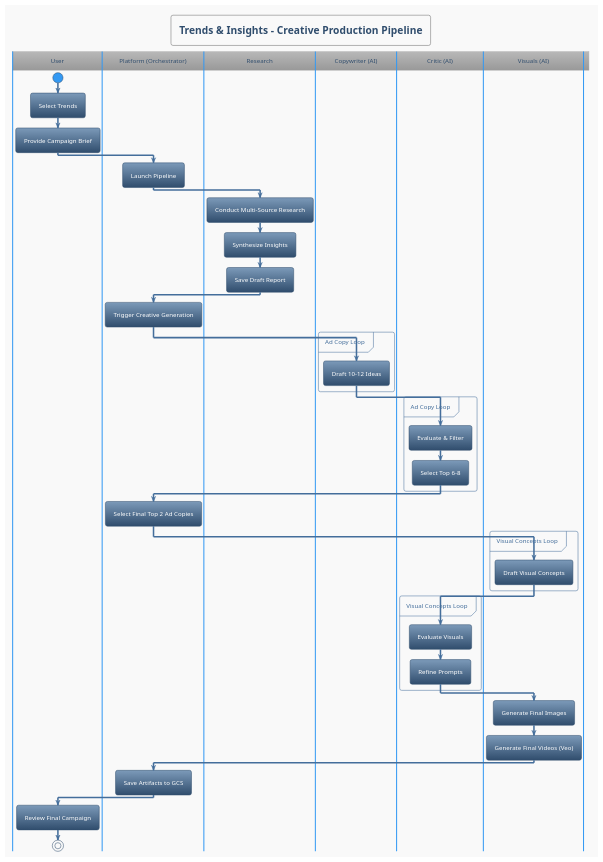
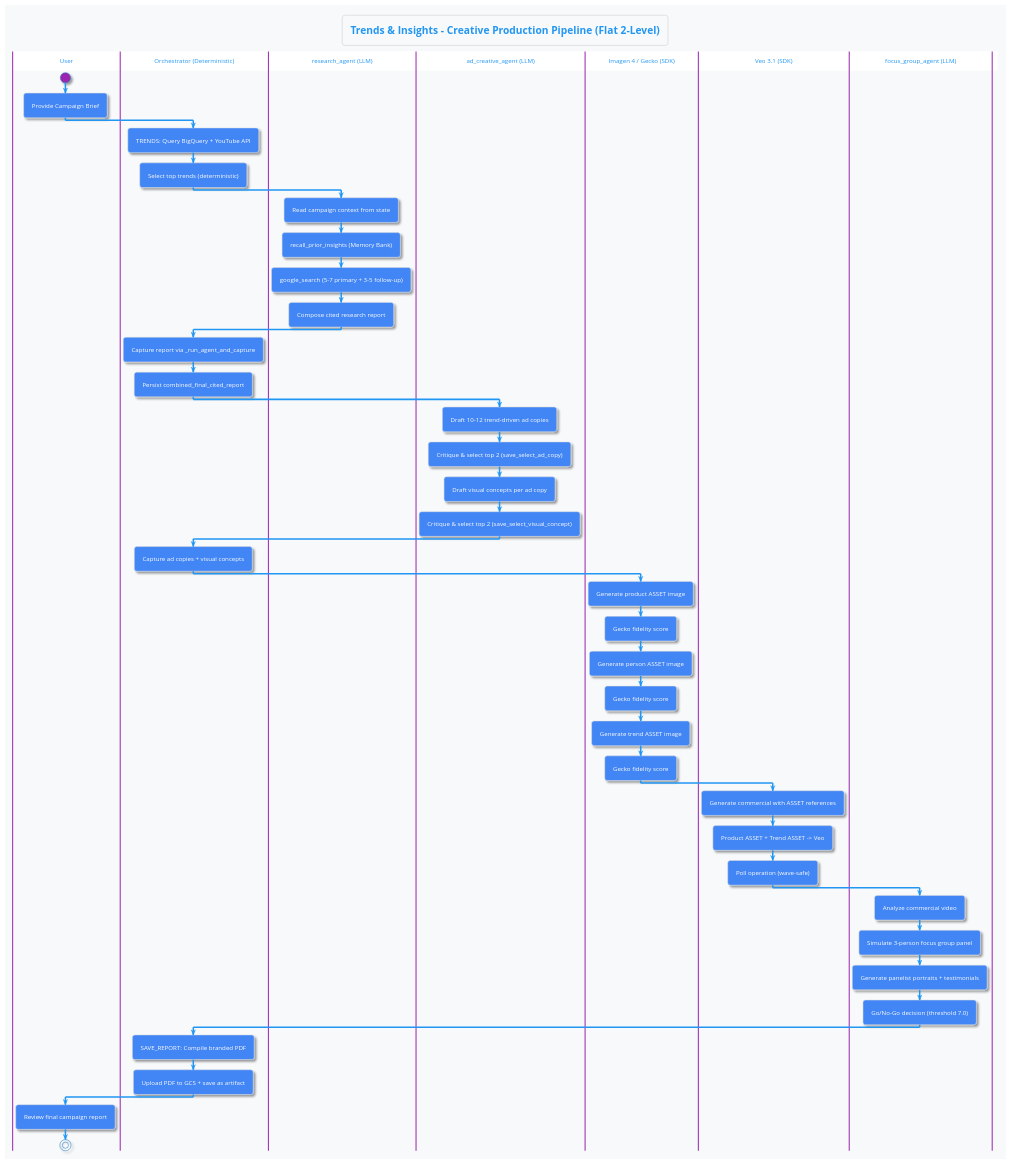
The diagram in docs/creative_production_pipeline.puml (tottenjordan/zghost), drawn with PlantUML before and after one commit. The commit also changed 7 other files, not shown here.

First line of the commit message:
fix: remove dead multi-clip code + ASSET-only Veo refs + stronger trend creative

```diff
--- a/docs/creative_production_pipeline.puml
+++ b/docs/creative_production_pipeline.puml
@@ -1,68 +1,164 @@
 @startuml
-!theme spacelab
-skinparam Handwritten false
-skinparam Monochrome false
-skinparam BackgroundColor #f9f9f9
+
+' GCP_BRANDING_APPLIED
+!theme materia
+skinparam backgroundColor #F8F9FA
+skinparam roundCorner 10
+skinparam defaultFontName "Open Sans"
+skinparam DefaultFontSize 12
 skinparam Padding 10
 
-title Trends & Insights - Creative Production Pipeline
+skinparam database {
+    BackgroundColor #FBBC05
+    BorderColor #E0E0E0
+    FontColor #000
+    Shadowing false
+}
+skinparam component {
+    BackgroundColor #4285F4
+    BorderColor #E0E0E0
+    FontColor #FFF
+    Shadowing false
+}
+skinparam rectangle {
+    BackgroundColor #EA4335
+    BorderColor #E0E0E0
+    FontColor #FFF
+    Shadowing false
+}
+skinparam note {
+    BackgroundColor #FFFFFF
+    BorderColor #E0E0E0
+    FontColor #000000
+    Shadowing false
+    BorderThickness 1
+}
+skinparam collections {
+    BackgroundColor #34A853
+    BorderColor #E0E0E0
+    FontColor #FFF
+    Shadowing false
+}
+skinparam state {
+    BackgroundColor #4285F4
+    BorderColor #E0E0E0
+    FontColor #FFF
+    Shadowing false
+}
+skinparam activity {
+    BackgroundColor #4285F4
+    BorderColor #E0E0E0
+    FontColor #FFF
+    Shadowing false
+}
+skinparam actor {
+    BackgroundColor #FFFFFF
+    BorderColor #4285F4
+    FontColor #000
+    Shadowing false
+    BorderThickness 2
+}
+skinparam usecase {
+    BackgroundColor #FBBC05
+    BorderColor #E0E0E0
+    FontColor #000
+    Shadowing false
+}
+skinparam cloud {
+    BackgroundColor #FFFFFF
+    BorderColor #E0E0E0
+    FontColor #000
+    Shadowing false
+}
+skinparam frame {
+    BackgroundColor #FFFFFF
+    BorderColor #E0E0E0
+    FontColor #000
+    Shadowing false
+}
+skinparam package {
+    BackgroundColor #F8F9FA
+    BorderColor #CCCCCC
+    FontColor #000
+    Shadowing false
+    BorderThickness 1
+}
+skinparam node {
+    BackgroundColor #EA4335
+    BorderColor #E0E0E0
+    FontColor #FFF
+    Shadowing false
+}
+skinparam queue {
+    BackgroundColor #34A853
+    BorderColor #E0E0E0
+    FontColor #FFF
+    Shadowing false
+}
+
+
+
+title Trends & Insights - Creative Production Pipeline (Flat 2-Level)
 
 | User |
-| Platform (Orchestrator) |
-| Research |
-| Copywriter (AI) |
-| Critic (AI) |
-| Visuals (AI) |
+| Orchestrator (Deterministic) |
+| research_agent (LLM) |
+| ad_creative_agent (LLM) |
+| Imagen 4 / Gecko (SDK) |
+| Veo 3.1 (SDK) |
+| focus_group_agent (LLM) |
 
 | User |
 start
-:Select Trends;
 :Provide Campaign Brief;
 
-| Platform (Orchestrator) |
-:Launch Pipeline;
+| Orchestrator (Deterministic) |
+:TRENDS: Query BigQuery + YouTube API;
+:Select top trends (deterministic);
 
-| Research |
-:Conduct Multi-Source Research;
-:Synthesize Insights;
-:Save Draft Report;
+| research_agent (LLM) |
+:Read campaign context from state;
+:recall_prior_insights (Memory Bank);
+:google_search (5-7 primary + 3-5 follow-up);
+:Compose cited research report;
 
-| Platform (Orchestrator) |
-:Trigger Creative Generation;
+| Orchestrator (Deterministic) |
+:Capture report via _run_agent_and_capture;
+:Persist combined_final_cited_report;
 
-| Copywriter (AI) |
-Partition "Ad Copy Loop" {
-  :Draft 10-12 Ideas;
-}
+| ad_creative_agent (LLM) |
+:Draft 10-12 trend-driven ad copies;
+:Critique & select top 2 (save_select_ad_copy);
+:Draft visual concepts per ad copy;
+:Critique & select top 2 (save_select_visual_concept);
 
-| Critic (AI) |
-Partition "Ad Copy Loop" {
-  :Evaluate & Filter;
-  :Select Top 6-8;
-}
+| Orchestrator (Deterministic) |
+:Capture ad copies + visual concepts;
 
-| Platform (Orchestrator) |
-:Select Final Top 2 Ad Copies;
+| Imagen 4 / Gecko (SDK) |
+:Generate product ASSET image;
+:Gecko fidelity score;
+:Generate person ASSET image;
+:Gecko fidelity score;
+:Generate trend ASSET image;
+:Gecko fidelity score;
 
-| Visuals (AI) |
-Partition "Visual Concepts Loop" {
-  :Draft Visual Concepts;
-}
+| Veo 3.1 (SDK) |
+:Generate commercial with ASSET references;
+:Product ASSET + Trend ASSET -> Veo;
+:Poll operation (wave-safe);
 
-| Critic (AI) |
-Partition "Visual Concepts Loop" {
-  :Evaluate Visuals;
-  :Refine Prompts;
-}
+| focus_group_agent (LLM) |
+:Analyze commercial video;
+:Simulate 3-person focus group panel;
+:Generate panelist portraits + testimonials;
+:Go/No-Go decision (threshold 7.0);
 
-| Visuals (AI) |
-:Generate Final Images;
-:Generate Final Videos (Veo);
-
-| Platform (Orchestrator) |
-:Save Artifacts to GCS;
+| Orchestrator (Deterministic) |
+:SAVE_REPORT: Compile branded PDF;
+:Upload PDF to GCS + save as artifact;
 
 | User |
-:Review Final Campaign;
+:Review final campaign report;
 stop
-@endum
+@enduml
```
